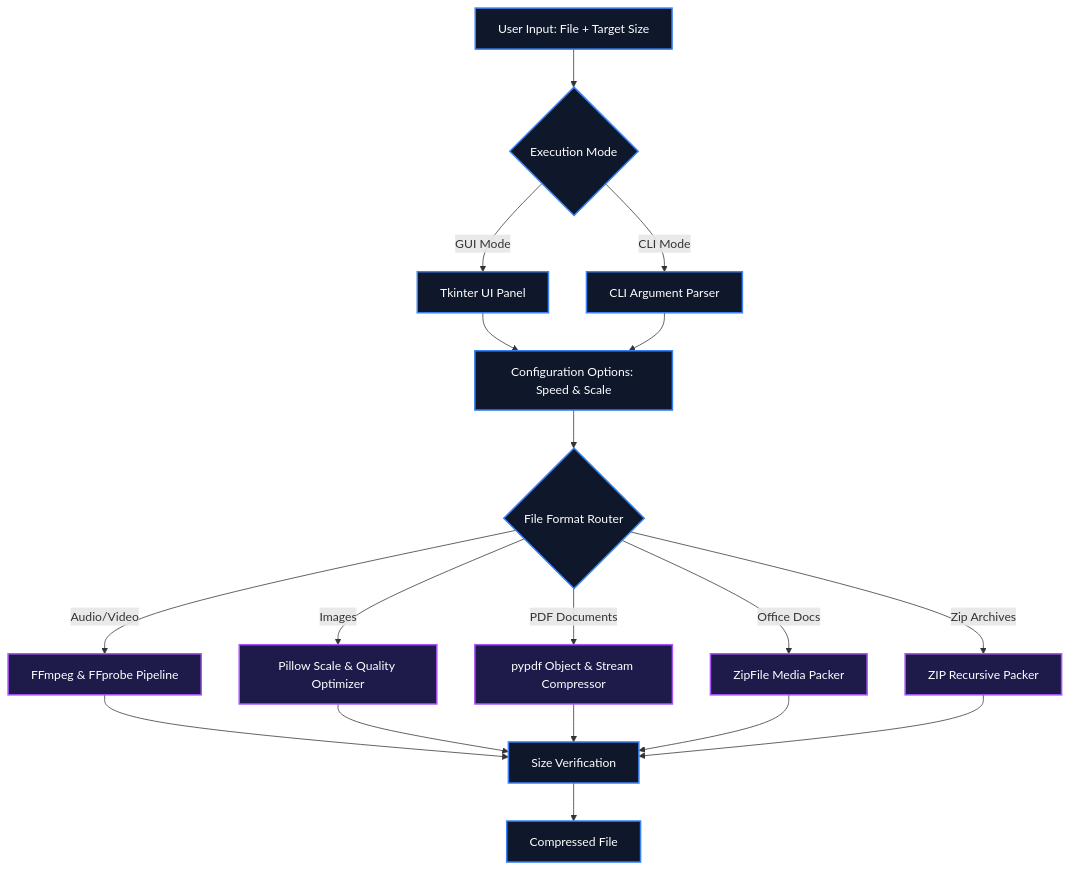
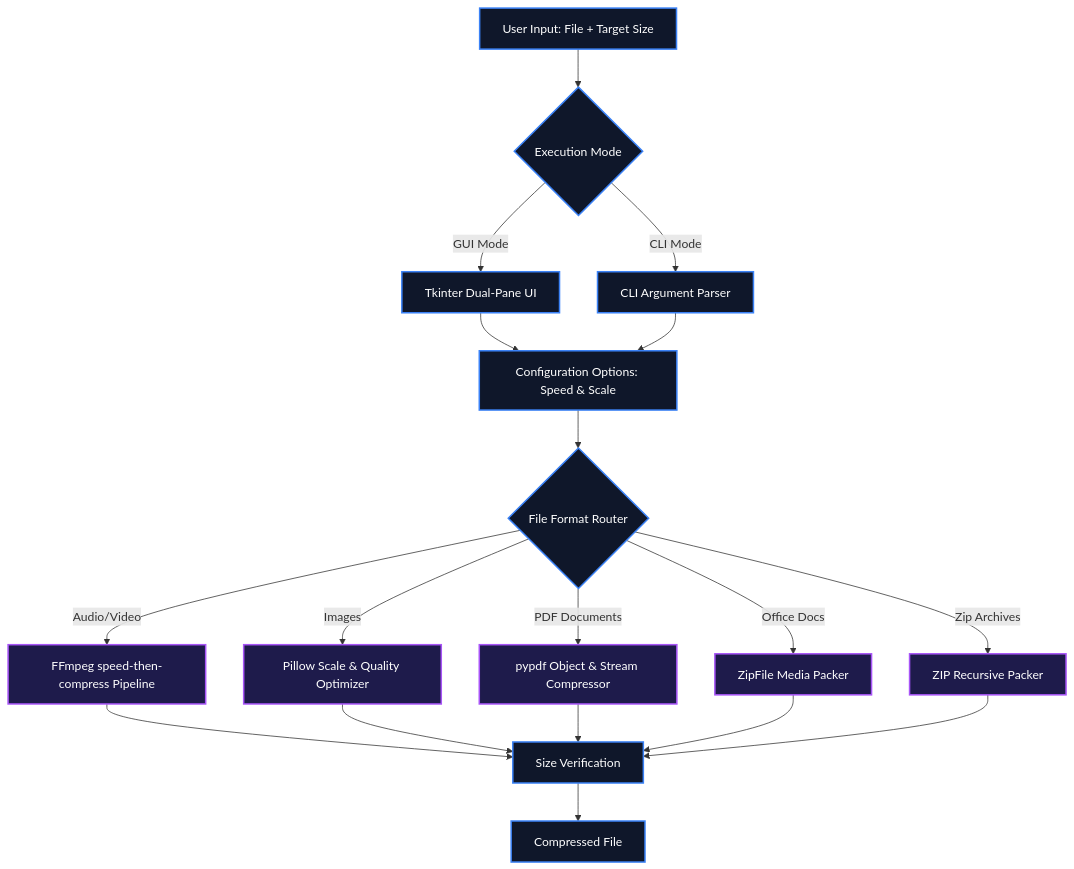
One commit to IamOumarIbrahim/Compress changed the diagram in README.md. Above: the diagram before and after it, drawn with Mermaid. The commit also changed other lines of this file and 1 other file, not shown here.

Commit message:
Release v0.4: fix speed-then-compress FFmpeg ordering, add Go to Location button, select file preview, and folder treeview contents list

````diff
--- a/README.md
+++ b/README.md
@@ -56,27 +58,27 @@
 ```mermaid
 graph TD
     User["User Input: File + Target Size"] --> ModeSelect{Execution Mode}
-    ModeSelect -->|GUI Mode| Tkinter[Tkinter UI Panel]
+    ModeSelect -->|GUI Mode| Tkinter[Tkinter Dual-Pane UI]
     ModeSelect -->|CLI Mode| Parser[CLI Argument Parser]
     Tkinter --> Config[Configuration Options: Speed & Scale]
     Parser --> Config
     Config --> Router{File Format Router}
     
-    Router -->|Audio/Video| FFmpeg["FFmpeg & FFprobe Pipeline"]
+    Router -->|Audio/Video| FFmpeg["FFmpeg speed-then-compress Pipeline"]
     Router -->|Images| Pillow["Pillow Scale & Quality Optimizer"]
     Router -->|PDF Documents| PyPDF["pypdf Object & Stream Compressor"]
     Router -->|Office Docs| ZipFile["ZipFile Media Packer"]
     Router -->|Zip Archives| ZipPack["ZIP Recursive Packer"]
     
     FFmpeg --> Verify[Size Verification]
     Pillow --> Verify
     PyPDF --> Verify
     ZipFile --> Verify
     ZipPack --> Verify
     
     Verify --> Output[Compressed File]
     
     classDef default fill:#0f172a,stroke:#3b82f6,stroke-width:2px,color:#fff;
     classDef process fill:#1e1b4b,stroke:#a855f7,stroke-width:2px,color:#fff;
     class FFmpeg,Pillow,PyPDF,ZipFile,ZipPack process;
 ```
````
